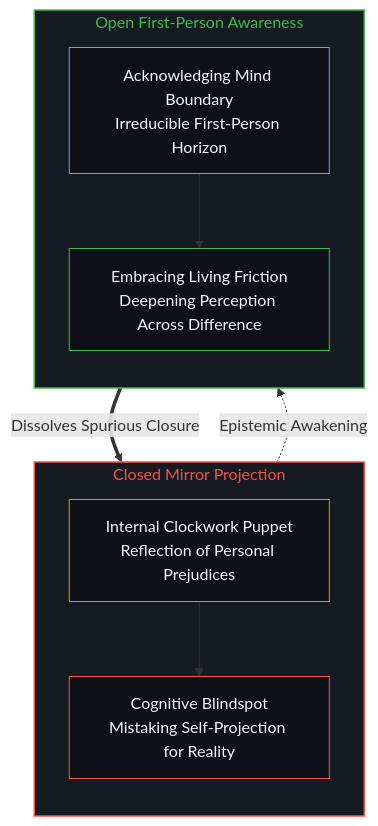
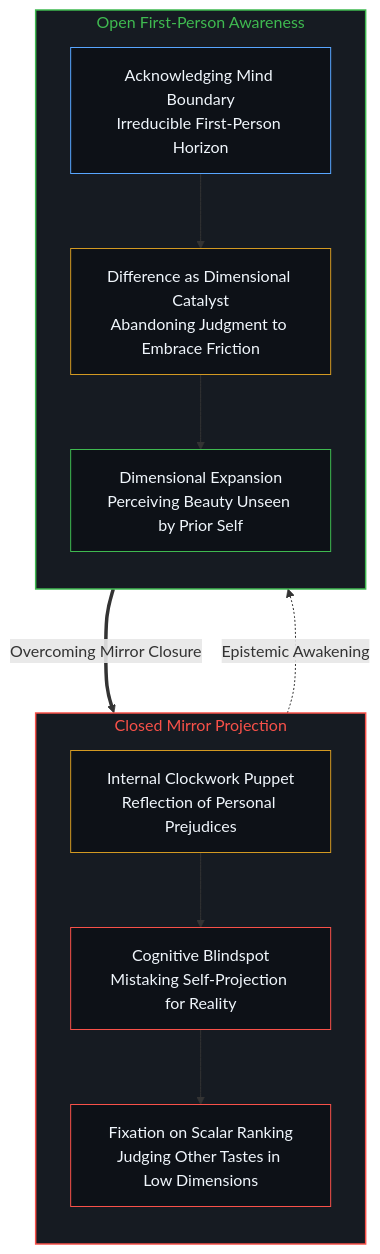
The eighth of 8 diagrams in content/posts/the-self-portrait-in-the-projection.md (powerpig99/not-a-toe), drawn with Mermaid before and after one commit. The commit also changed other lines of this file and 4 other files, not shown here.

Commit message:
Refactor Post #353: articulate aesthetic growth as dimensional elevation rather than scalar ranking

````diff
--- a/content/posts/the-self-portrait-in-the-projection.md
+++ b/content/posts/the-self-portrait-in-the-projection.md
@@ -227,23 +237,29 @@
 ```mermaid
 flowchart TD
   subgraph S_MIRROR["Closed Mirror Projection"]
     direction TB
     M_PUPPET["Internal Clockwork Puppet<br/>Reflection of Personal Prejudices"]
     M_BLIND["Cognitive Blindspot<br/>Mistaking Self-Projection for Reality"]
+    M_JUDGE["Fixation on Scalar Ranking<br/>Judging Other Tastes in Low Dimensions"]
   end
   subgraph S_OPEN["Open First-Person Awareness"]
     direction TB
     O_BOUNDARY["Acknowledging Mind Boundary<br/>Irreducible First-Person Horizon"]
-    O_FRICTION["Embracing Living Friction<br/>Deepening Perception Across Difference"]
+    O_DIFF["Difference as Dimensional Catalyst<br/>Abandoning Judgment to Embrace Friction"]
+    O_EXPAND["Dimensional Expansion<br/>Perceiving Beauty Unseen by Prior Self"]
   end
   M_PUPPET --> M_BLIND
-  M_BLIND -.->|"Epistemic Awakening"| O_BOUNDARY
-  O_BOUNDARY --> O_FRICTION
-  O_FRICTION ==>|"Dissolves Spurious Closure"| M_PUPPET
+  M_BLIND --> M_JUDGE
+  M_JUDGE -.->|"Epistemic Awakening"| O_BOUNDARY
+  O_BOUNDARY --> O_DIFF
+  O_DIFF --> O_EXPAND
+  O_EXPAND ===>|"Overcoming Mirror Closure"| M_PUPPET
   style S_MIRROR fill:#161b22,stroke:#f85149,stroke-width:1.5px,color:#f85149
   style S_OPEN fill:#161b22,stroke:#3fb950,stroke-width:1.5px,color:#3fb950
   style M_PUPPET fill:#0d1117,stroke:#d29922,stroke-width:1px,color:#f0f6fc
   style M_BLIND fill:#0d1117,stroke:#f85149,stroke-width:1px,color:#f0f6fc
+  style M_JUDGE fill:#0d1117,stroke:#f85149,stroke-width:1px,color:#f0f6fc
   style O_BOUNDARY fill:#0d1117,stroke:#58a6ff,stroke-width:1px,color:#f0f6fc
-  style O_FRICTION fill:#0d1117,stroke:#3fb950,stroke-width:1px,color:#f0f6fc
+  style O_DIFF fill:#0d1117,stroke:#d29922,stroke-width:1px,color:#f0f6fc
+  style O_EXPAND fill:#0d1117,stroke:#3fb950,stroke-width:1px,color:#f0f6fc
 ```
````
